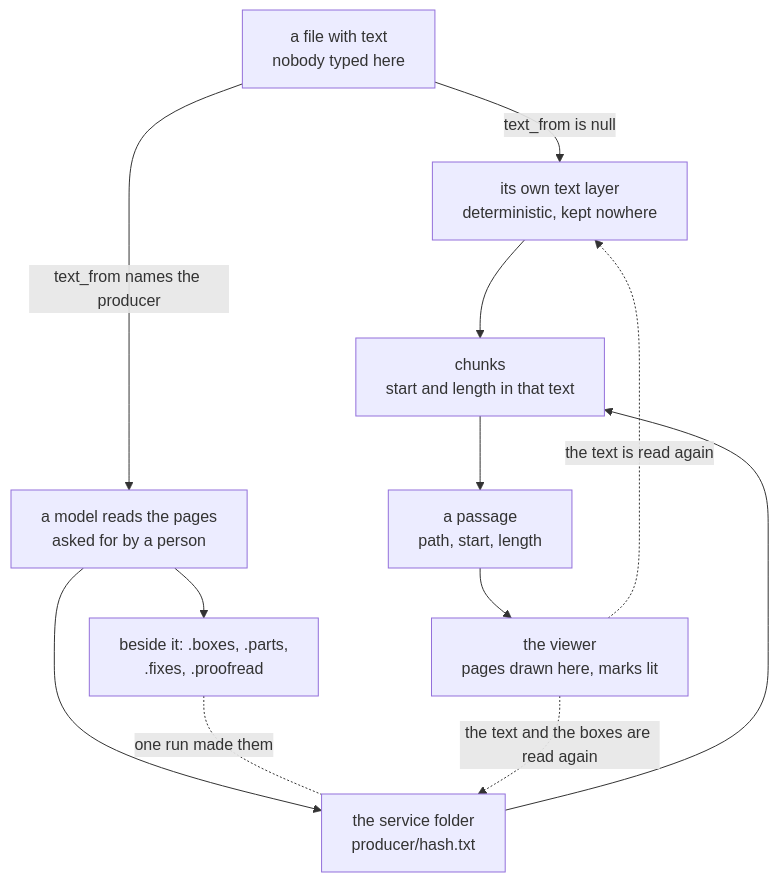
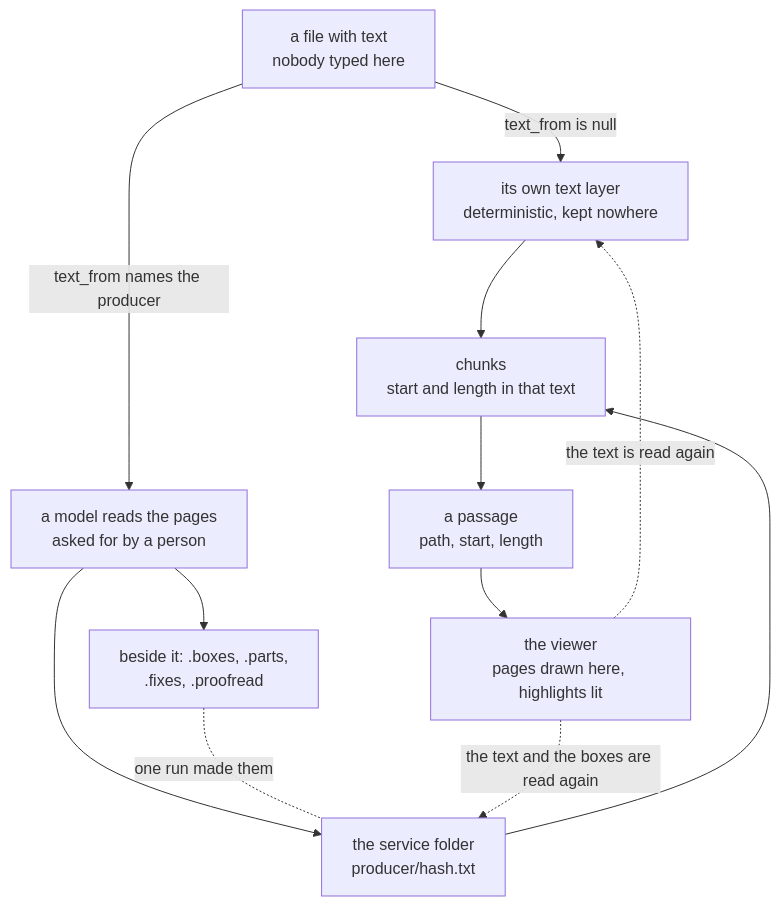
The diagram in docs/adr/0015-a-books-text-is-a-cache-or-an-artifact.md (jiva-studio/numen), drawn with Mermaid before and after one commit. The commit also changed 12 other files, not shown here.

First line of the commit message:
refactor(protocol): the wire asks for highlights, not marks

````diff
--- a/docs/adr/0015-a-books-text-is-a-cache-or-an-artifact.md
+++ b/docs/adr/0015-a-books-text-is-a-cache-or-an-artifact.md
@@ -16,23 +16,23 @@
 ```mermaid
 graph TD
     F["a file with text<br/>nobody typed here"]
     TL["its own text layer<br/>deterministic, kept nowhere"]
     R["a model reads the pages<br/>asked for by a person"]
     A["the service folder<br/>producer/hash.txt"]
     S["beside it: .boxes, .parts,<br/>.fixes, .proofread"]
     CH["chunks<br/>start and length in that text"]
     P["a passage<br/>path, start, length"]
-    VW["the viewer<br/>pages drawn here, marks lit"]
+    VW["the viewer<br/>pages drawn here, highlights lit"]
 
     F -->|text_from is null| TL
     F -->|text_from names the producer| R
     R --> A
     R --> S
     S -.one run made them.- A
     TL --> CH
     A --> CH
     CH --> P
     P --> VW
     VW -.the text is read again.-> TL
     VW -.the text and the boxes are read again.-> A
 ```
````
